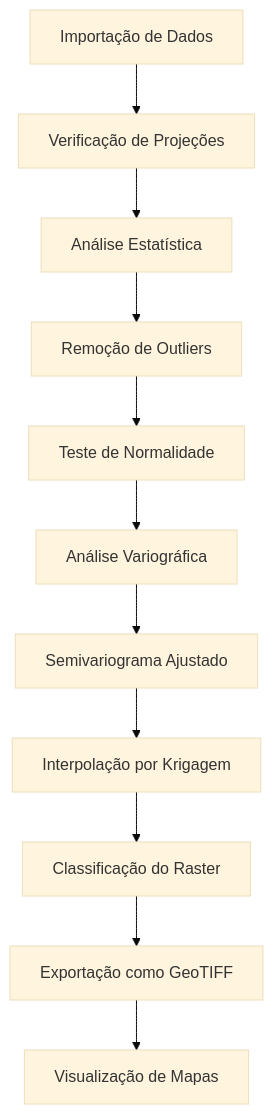
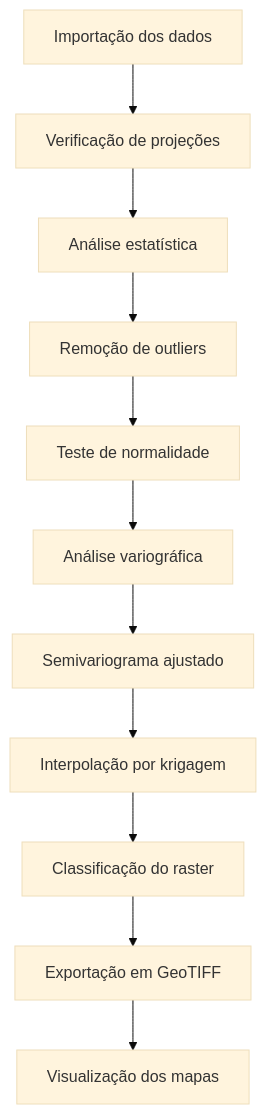
The diagram in README.md (samuel-c-santos/krigarem_r), drawn with Mermaid (base theme) before and after one commit. The commit also changed other lines of this file, not shown here.

````diff
--- a/README.md
+++ b/README.md
@@ -30,13 +27,13 @@
 ```mermaid
 graph TD
-    A[Importação de Dados] --> B[Verificação de Projeções]
-    B --> C[Análise Estatística]
-    C --> D[Remoção de Outliers]
-    D --> E[Teste de Normalidade]
-    E --> F[Análise Variográfica]
-    F --> G[Semivariograma Ajustado]
-    G --> H[Interpolação por Krigagem]
-    H --> I[Classificação do Raster]
-    I --> J[Exportação como GeoTIFF]
-    J --> K[Visualização de Mapas]
+    A[Importação dos dados] --> B[Verificação de projeções]
+    B --> C[Análise estatística]
+    C --> D[Remoção de outliers]
+    D --> E[Teste de normalidade]
+    E --> F[Análise variográfica]
+    F --> G[Semivariograma ajustado]
+    G --> H[Interpolação por krigagem]
+    H --> I[Classificação do raster]
+    I --> J[Exportação em GeoTIFF]
+    J --> K[Visualização dos mapas]
 ```
````
